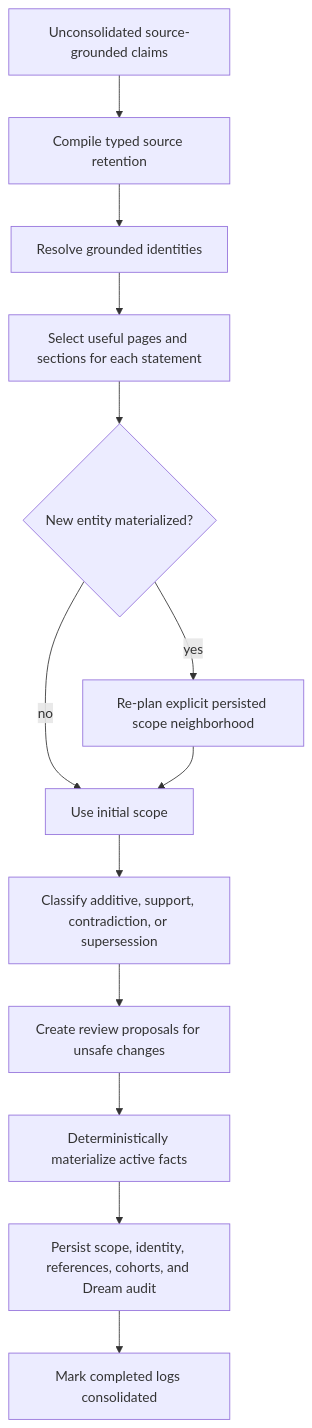
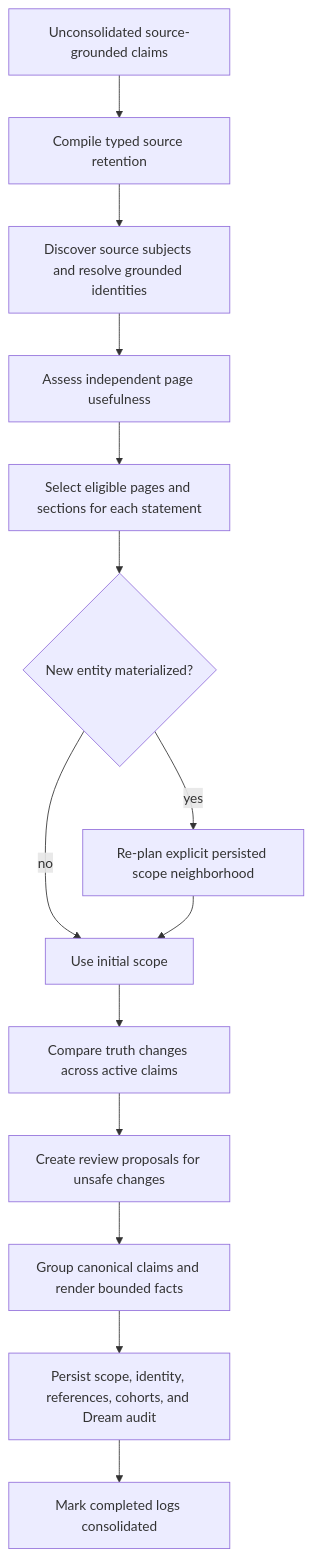
Before and after one commit to nsadras/mycelium: the diagram in DESIGN.md, drawn with Mermaid. The commit also changed other lines of this file and 2 other files, not shown here.

Commit message:
Align architecture docs with audited memory contracts

````diff
--- a/DESIGN.md
+++ b/DESIGN.md
@@ -173,15 +173,16 @@
 ```mermaid
 flowchart TD
     A[Unconsolidated source-grounded claims] --> B[Compile typed source retention]
-    B --> C[Resolve grounded identities]
-    C --> F[Select useful pages and sections for each statement]
+    B --> C[Discover source subjects and resolve grounded identities]
+    C --> D[Assess independent page usefulness]
+    D --> F[Select eligible pages and sections for each statement]
     F --> K{New entity materialized?}
     K -->|yes| L[Re-plan explicit persisted scope neighborhood]
     K -->|no| M[Use initial scope]
     L --> M
-    M --> N[Classify additive, support, contradiction, or supersession]
+    M --> N[Compare truth changes across active claims]
     N --> O[Create review proposals for unsafe changes]
-    O --> P[Deterministically materialize active facts]
+    O --> P[Group canonical claims and render bounded facts]
     P --> Q[Persist scope, identity, references, cohorts, and Dream audit]
     Q --> R[Mark completed logs consolidated]
 ```
````
